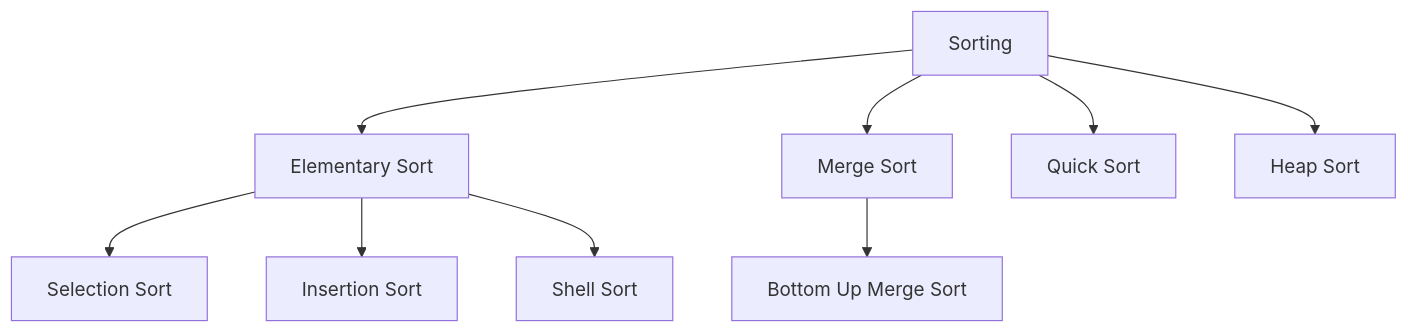
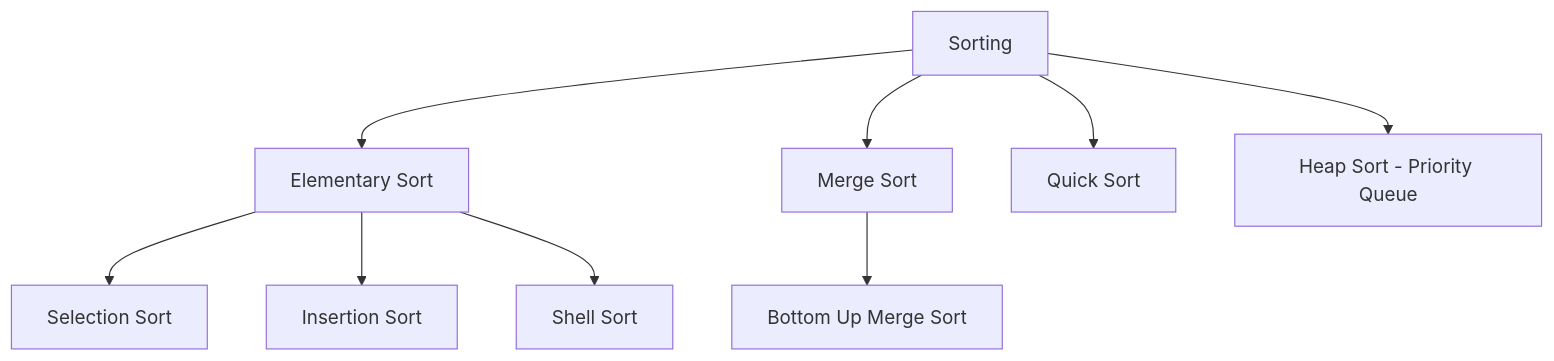
One commit to tmtxt/tmtxt.github.com changed the diagram in dsa.md. Above: the diagram before and after it, drawn with Mermaid. The commit also changed other lines of this file, not shown here.

```diff
--- a/dsa.md
+++ b/dsa.md
@@ -13,11 +13,11 @@
 <div class="mermaid">
 graph TD
     Sorting --> ElementarySort[Elementary Sort]
     Sorting --> MergeSort[Merge Sort]
     Sorting --> QuickSort[Quick Sort]
-    Sorting --> HeapSort[Heap Sort]
+    Sorting --> HeapSort[Heap Sort - Priority Queue]
     ElementarySort --> SelectionSort[Selection Sort]
     ElementarySort --> InsertionSort[Insertion Sort]
     ElementarySort --> ShellSort[Shell Sort]
 		MergeSort --> BottomUpMergeSort[Bottom Up Merge Sort]
 </div>
```
